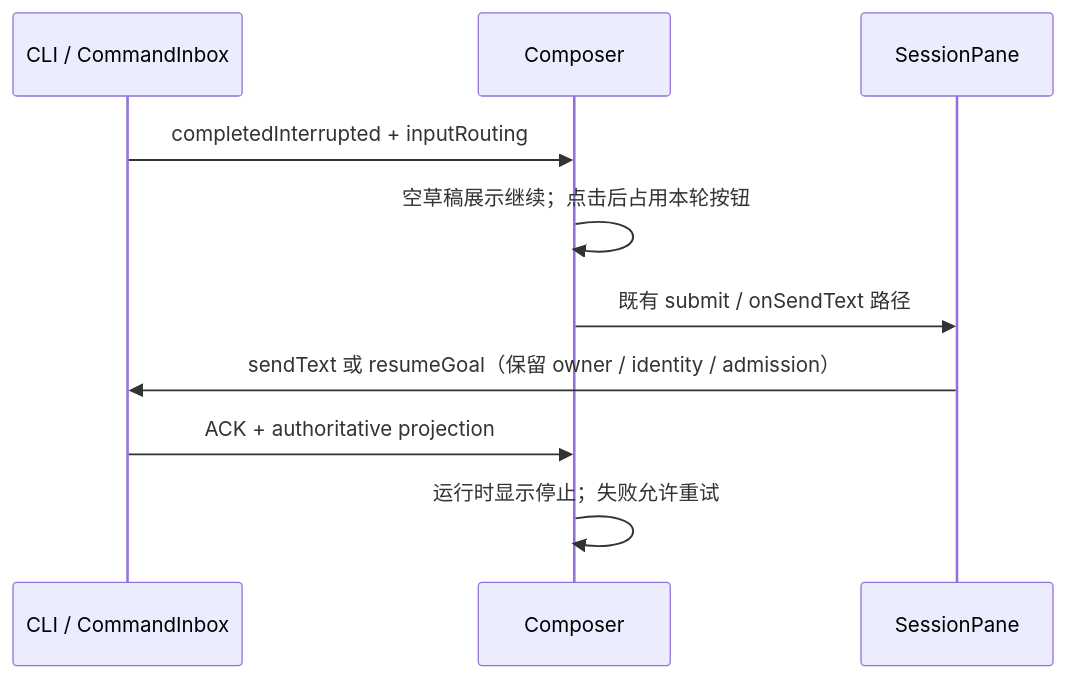
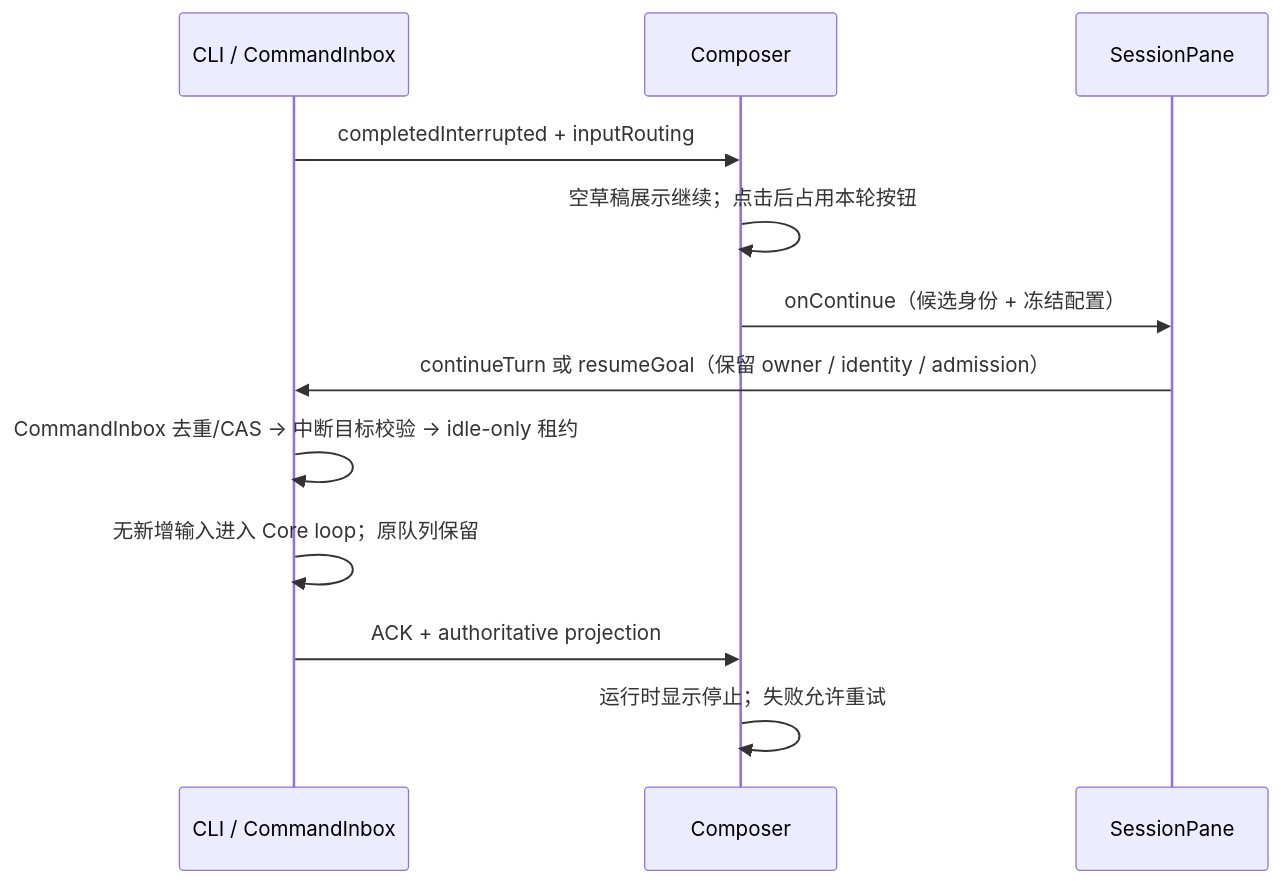
Before and after one commit to xiaobaoaaaaaa/ZCode: the diagram in docs/chat/continue-interrupted-session.md, drawn with Mermaid. The commit also changed other lines of this file and 47 other files, not shown here.

````diff
--- a/docs/chat/continue-interrupted-session.md
+++ b/docs/chat/continue-interrupted-session.md
@@ -13,12 +17,14 @@
 ```mermaid
 sequenceDiagram
   participant CLI as CLI / CommandInbox
   participant UI as Composer
   participant Pane as SessionPane
   CLI->>UI: completedInterrupted + inputRouting
   UI->>UI: 空草稿展示继续；点击后占用本轮按钮
-  UI->>Pane: 既有 submit / onSendText 路径
-  Pane->>CLI: sendText 或 resumeGoal（保留 owner / identity / admission）
+  UI->>Pane: onContinue（候选身份 + 冻结配置）
+  Pane->>CLI: continueTurn 或 resumeGoal（保留 owner / identity / admission）
+  CLI->>CLI: CommandInbox 去重/CAS → 中断目标校验 → idle-only 租约
+  CLI->>CLI: 无新增输入进入 Core loop；原队列保留
   CLI->>UI: ACK + authoritative projection
   UI->>UI: 运行时显示停止；失败允许重试
 ```
````
